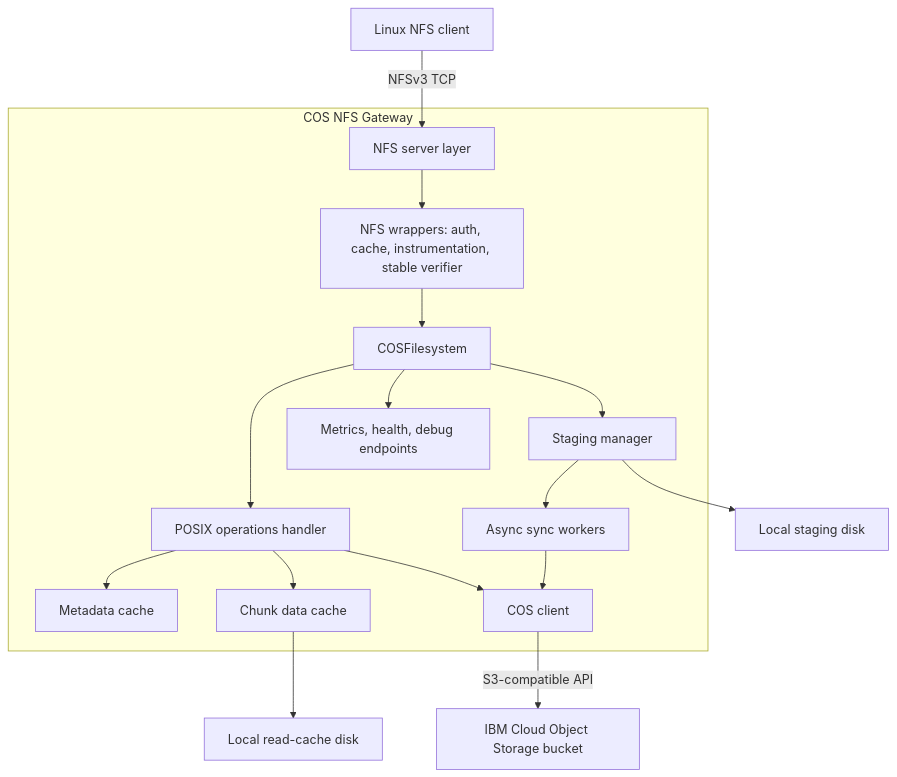
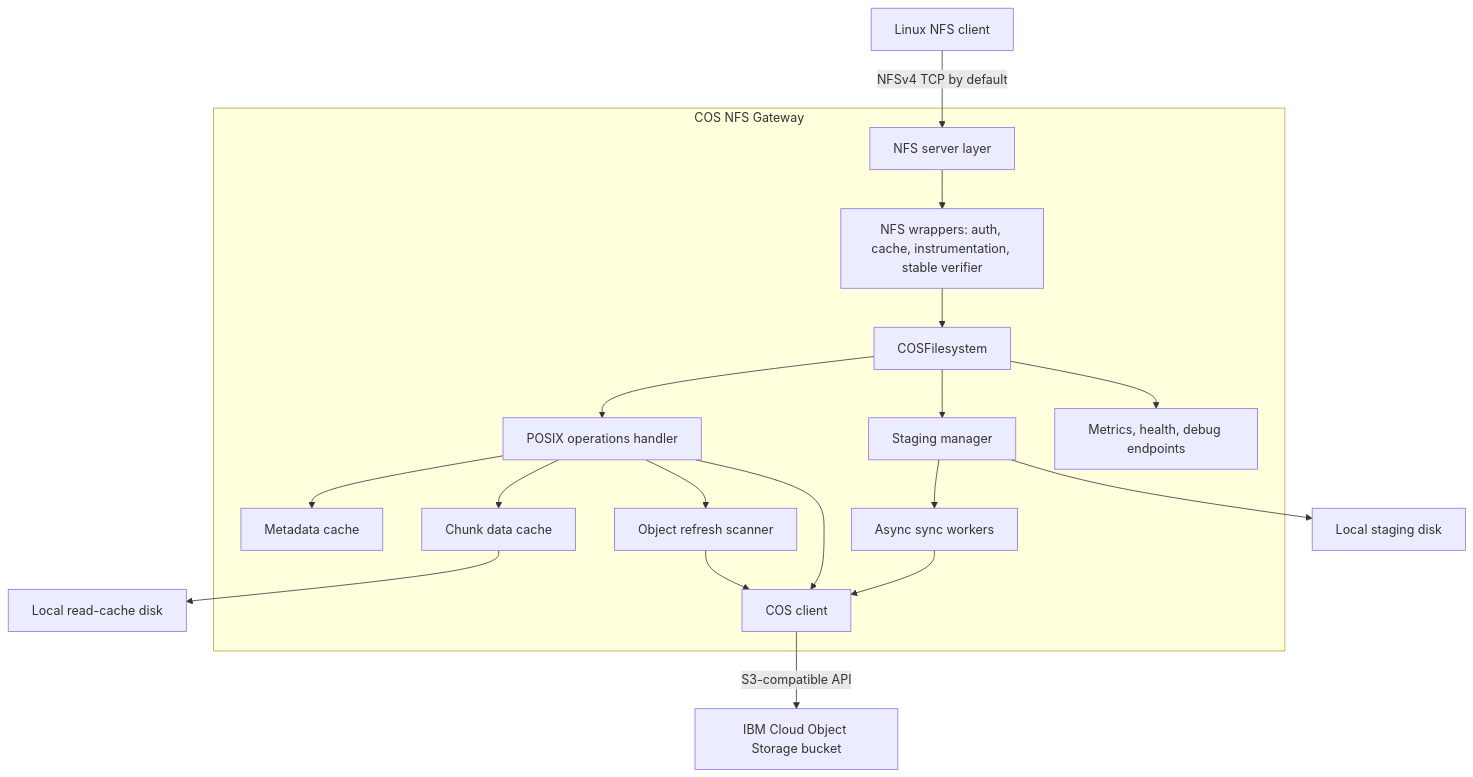
Before and after one commit to oborges/ibm-cos-nfs-gateway: the first of 2 diagrams in ARCHITECTURE.md, drawn with Mermaid. The commit also changed other lines of this file and 38 other files, not shown here.

Commit message:
Add NFSv4 support by default

````diff
--- a/ARCHITECTURE.md
+++ b/ARCHITECTURE.md
@@ -22,22 +28,24 @@
 ```mermaid
 flowchart TB
-    client["Linux NFS client"] -->|NFSv3 TCP| nfs["NFS server layer"]
+    client["Linux NFS client"] -->|NFSv4 TCP by default| nfs["NFS server layer"]
 
     subgraph gateway["COS NFS Gateway"]
         nfs --> wrappers["NFS wrappers: auth, cache, instrumentation, stable verifier"]
         wrappers --> fs["COSFilesystem"]
         fs --> ops["POSIX operations handler"]
         fs --> staging["Staging manager"]
         staging --> sync["Async sync workers"]
         ops --> metadata["Metadata cache"]
         ops --> data["Chunk data cache"]
+        ops --> refresh["Object refresh scanner"]
         ops --> cos["COS client"]
+        refresh --> cos
         sync --> cos
         fs --> metrics["Metrics, health, debug endpoints"]
     end
 
     cos -->|S3-compatible API| bucket["IBM Cloud Object Storage bucket"]
 
     staging --> disk1["Local staging disk"]
     data --> disk2["Local read-cache disk"]
 ```
````
